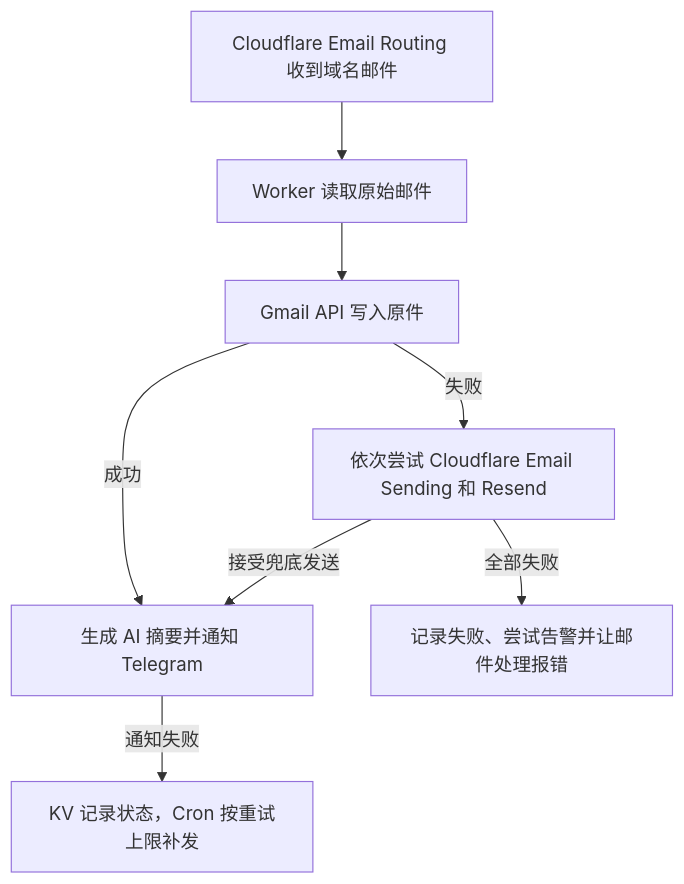
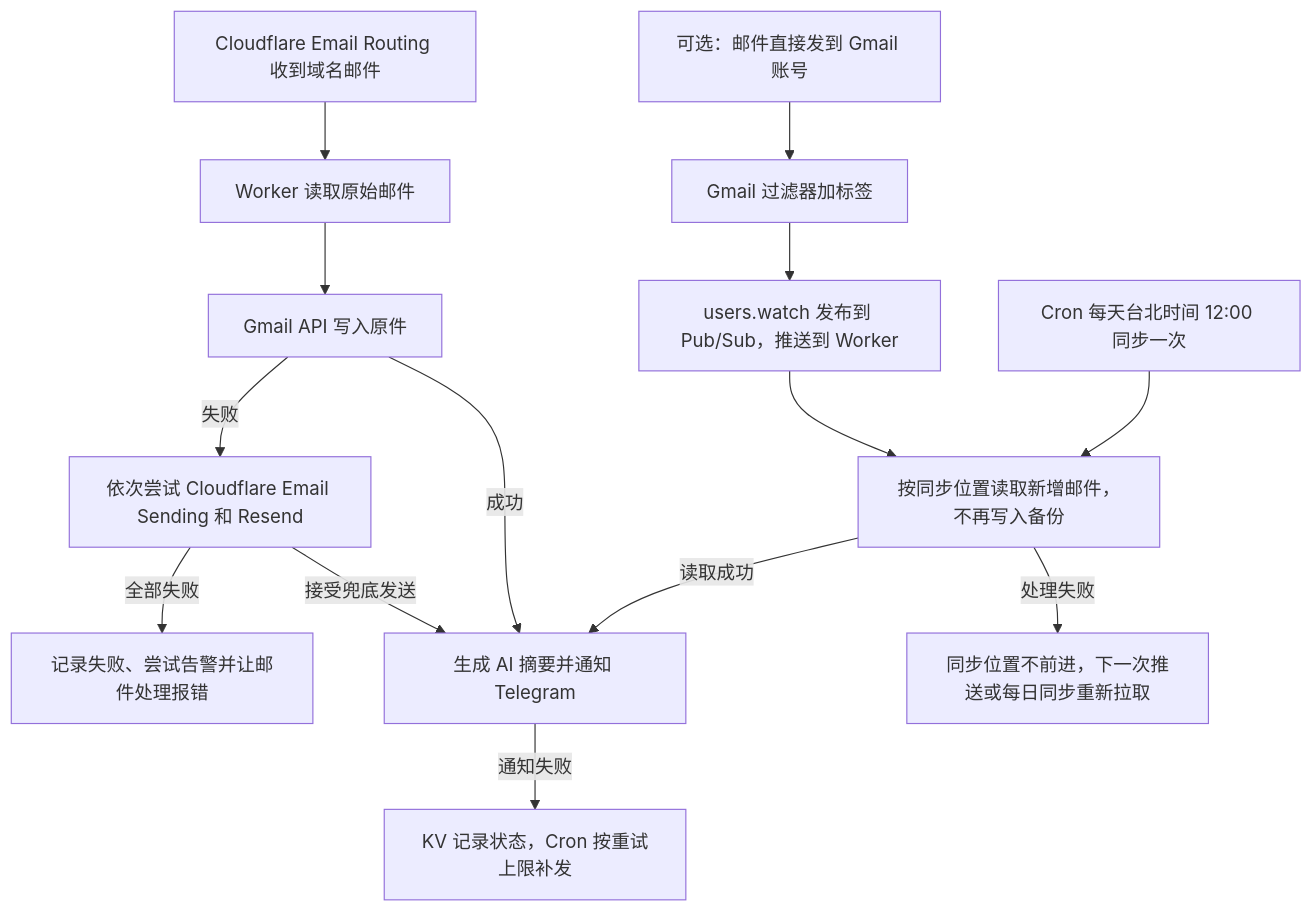
One commit to lainbo/synopsis changed the diagram in README.md. Above: the diagram before and after it, drawn with Mermaid.

Commit message:
📝 docs(readme): 在工作方式流程图中加入 Gmail 直收流程

````diff
--- a/README.md
+++ b/README.md
@@ -18,10 +18,17 @@
 ```mermaid
 flowchart TD
     A[Cloudflare Email Routing 收到域名邮件] --> B[Worker 读取原始邮件]
     B --> C[Gmail API 写入原件]
+    C -- 失败 --> D[依次尝试 Cloudflare Email Sending 和 Resend]
+    D -- 全部失败 --> E[记录失败、尝试告警并让邮件处理报错]
     C -- 成功 --> F[生成 AI 摘要并通知 Telegram]
-    C -- 失败 --> D[依次尝试 Cloudflare Email Sending 和 Resend]
     D -- 接受兜底发送 --> F
-    D -- 全部失败 --> E[记录失败、尝试告警并让邮件处理报错]
     F -- 通知失败 --> G[KV 记录状态，Cron 按重试上限补发]
+
+    H[可选：邮件直接发到 Gmail 账号] --> I[Gmail 过滤器加标签]
+    I --> J[users.watch 发布到 Pub/Sub，推送到 Worker]
+    J --> K[按同步位置读取新增邮件，不再写入备份]
+    L[Cron 每天台北时间 12:00 同步一次] --> K
+    K -- 读取成功 --> F
+    K -- 处理失败 --> M[同步位置不前进，下一次推送或每日同步重新拉取]
 ```
````
